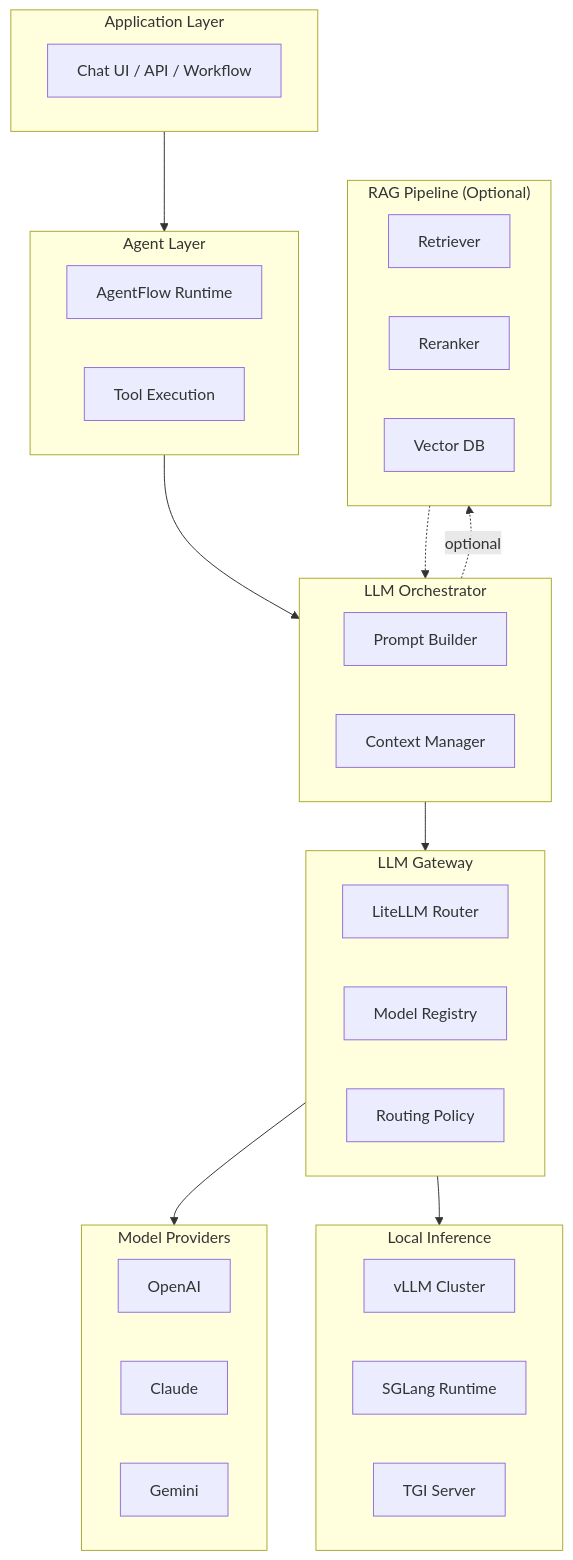
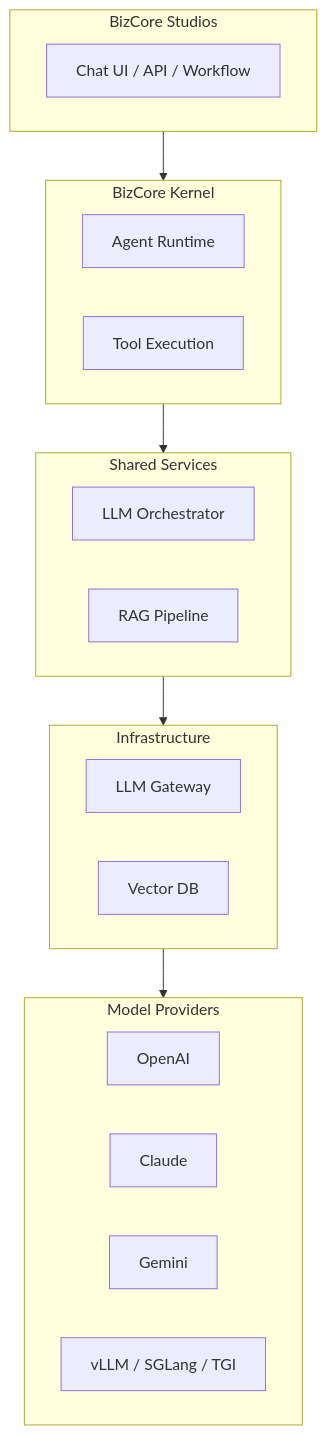
Before and after one commit to liushuang393/serverlessAIAgents: the diagram in README.md, drawn with Mermaid. The commit also changed other lines of this file and 542 other files, not shown here.

````diff
--- a/README.md
+++ b/README.md
@@ -28,51 +89,34 @@
 ```mermaid
 flowchart TB
 
-subgraph APP["Application Layer"]
+subgraph APP["BizCore Studios"]
 UI[Chat UI / API / Workflow]
 end
 
-subgraph AGENT["Agent Layer"]
-AgentFlow[AgentFlow Runtime]
+subgraph KERNEL["BizCore Kernel"]
+Runtime[Agent Runtime]
 Tools[Tool Execution]
 end
 
-subgraph ORCH["LLM Orchestrator"]
-Prompt[Prompt Builder]
-Context[Context Manager]
+subgraph SHARED["Shared Services"]
+Orchestrator[LLM Orchestrator]
+RAG[RAG Pipeline]
 end
 
-subgraph RAG["RAG Pipeline (Optional)"]
-Retriever[Retriever]
-Rerank[Reranker]
-VectorDB[Vector DB]
-end
-
-subgraph GATEWAY["LLM Gateway"]
-Router[LiteLLM Router]
-Registry[Model Registry]
-Policy[Routing Policy]
+subgraph INFRA["Infrastructure"]
+Gateway[LLM Gateway]
+Vector[Vector DB]
 end
 
 subgraph PROVIDER["Model Providers"]
 OpenAI[OpenAI]
 Claude[Claude]
 Gemini[Gemini]
+Local[vLLM / SGLang / TGI]
 end
 
-subgraph LOCAL["Local Inference"]
-vLLM[vLLM Cluster]
-SGLang[SGLang Runtime]
-TGI[TGI Server]
-end
-
-APP --> AGENT
-AGENT --> ORCH
-ORCH --> GATEWAY
-
-ORCH -. optional .-> RAG
-RAG -.-> ORCH
-
-GATEWAY --> PROVIDER
-GATEWAY --> LOCAL
+APP --> KERNEL
+KERNEL --> SHARED
+SHARED --> INFRA
+INFRA --> PROVIDER
 ```
````
